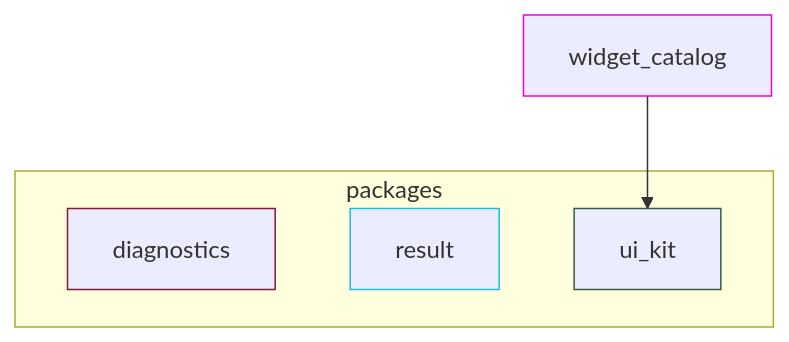
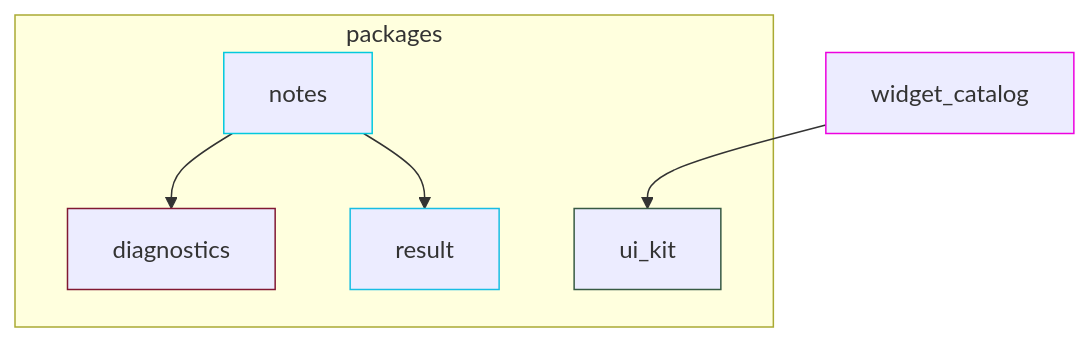
The diagram in docs/module-graph.md (ethicnology/flutter-template), drawn with Mermaid before and after one commit. The commit also changed 12 other files, not shown here.

````diff
--- a/docs/module-graph.md
+++ b/docs/module-graph.md
@@ -5,17 +5,22 @@
 ```mermaid
 graph TD
   diagnostics["diagnostics"]
   style diagnostics stroke:#811832
+  notes["notes"]
+  style notes stroke:#03c9dd
   result["result"]
   style result stroke:#17bde3
   ui_kit["ui_kit"]
   style ui_kit stroke:#375a43
   widget_catalog["widget_catalog"]
   style widget_catalog stroke:#ed01df
+  notes --> diagnostics
+  notes --> result
   widget_catalog --> ui_kit
   subgraph packages0 ["packages"]
     diagnostics
+    notes
     result
     ui_kit
   end
 ```
````
